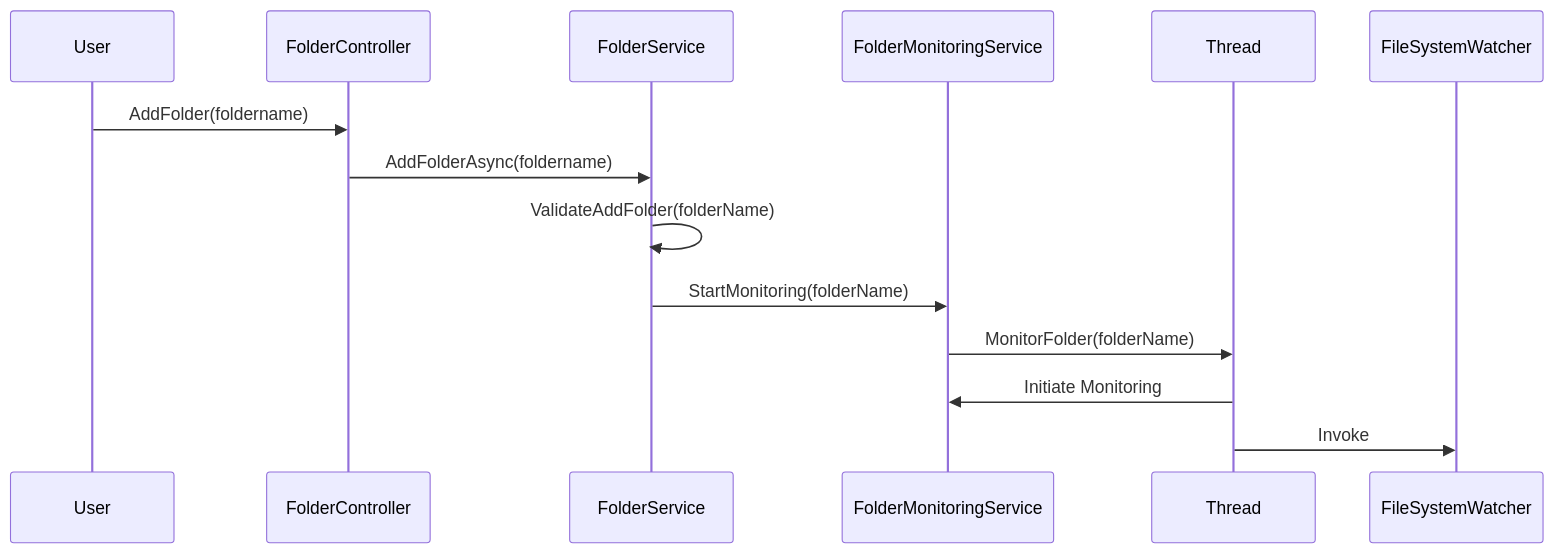
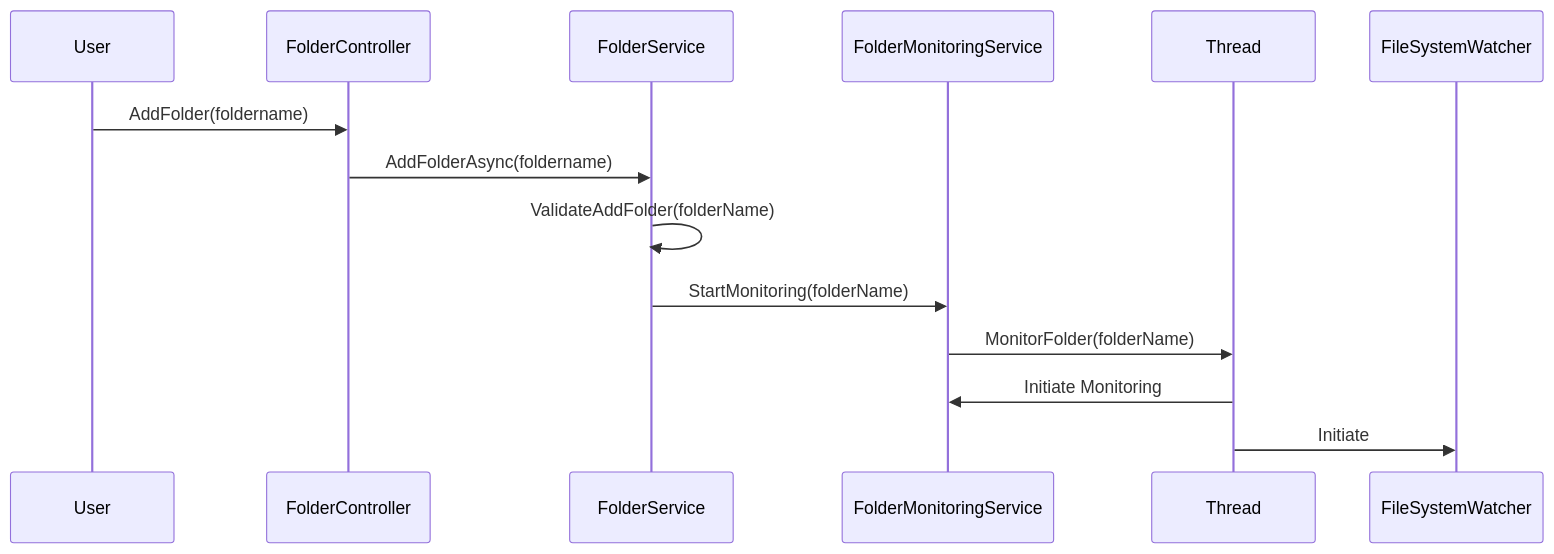
Before and after one commit to JakePathFinder/FolderMonitor: the second of 4 diagrams in README.md, drawn with Mermaid. The commit also changed other lines of this file, not shown here.

````diff
--- a/README.md
+++ b/README.md
@@ -257,17 +273,17 @@
 ```mermaid
 sequenceDiagram
     participant User as User
     participant FolderController as FolderController
     participant FolderService as FolderService
     participant FolderMonitoringService as FolderMonitoringService
     participant Thread as Thread
     participant FileSystemWatcher as FileSystemWatcher
 
     User->>FolderController: AddFolder(foldername)
     FolderController->>FolderService: AddFolderAsync(foldername)
     FolderService->>FolderService: ValidateAddFolder(folderName)
     FolderService->>FolderMonitoringService: StartMonitoring(folderName)
     FolderMonitoringService->>Thread: MonitorFolder(folderName)
     Thread->>FolderMonitoringService: Initiate Monitoring
-    Thread->>FileSystemWatcher: Invoke
+    Thread->>FileSystemWatcher: Initiate
 ```
````
